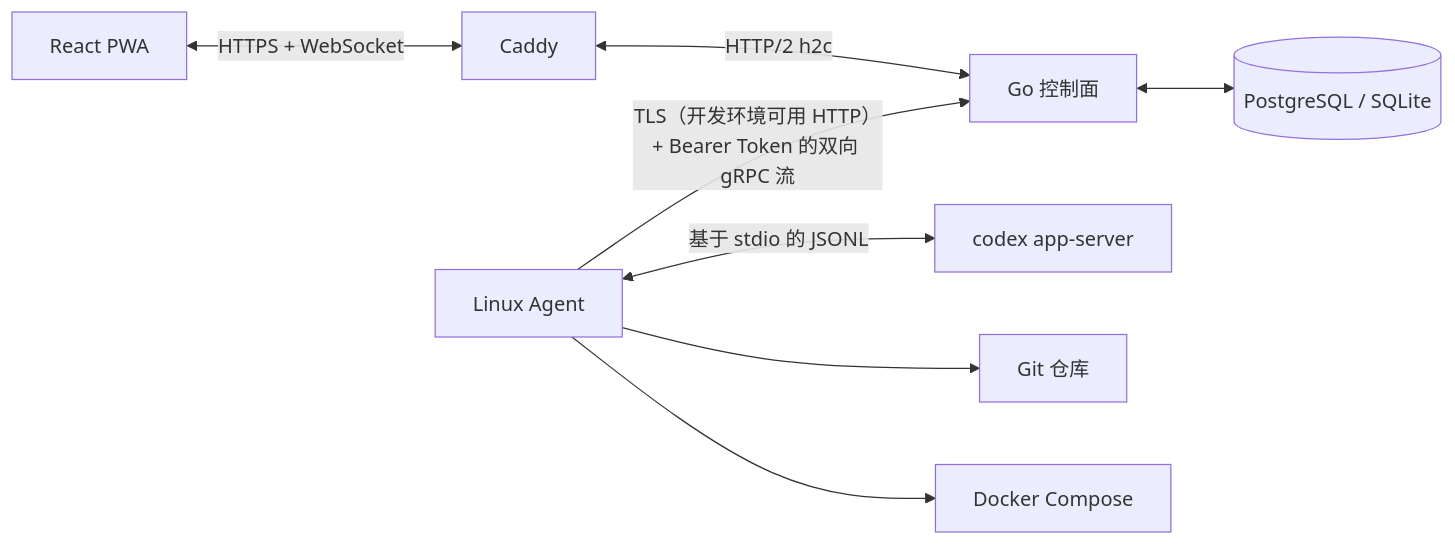
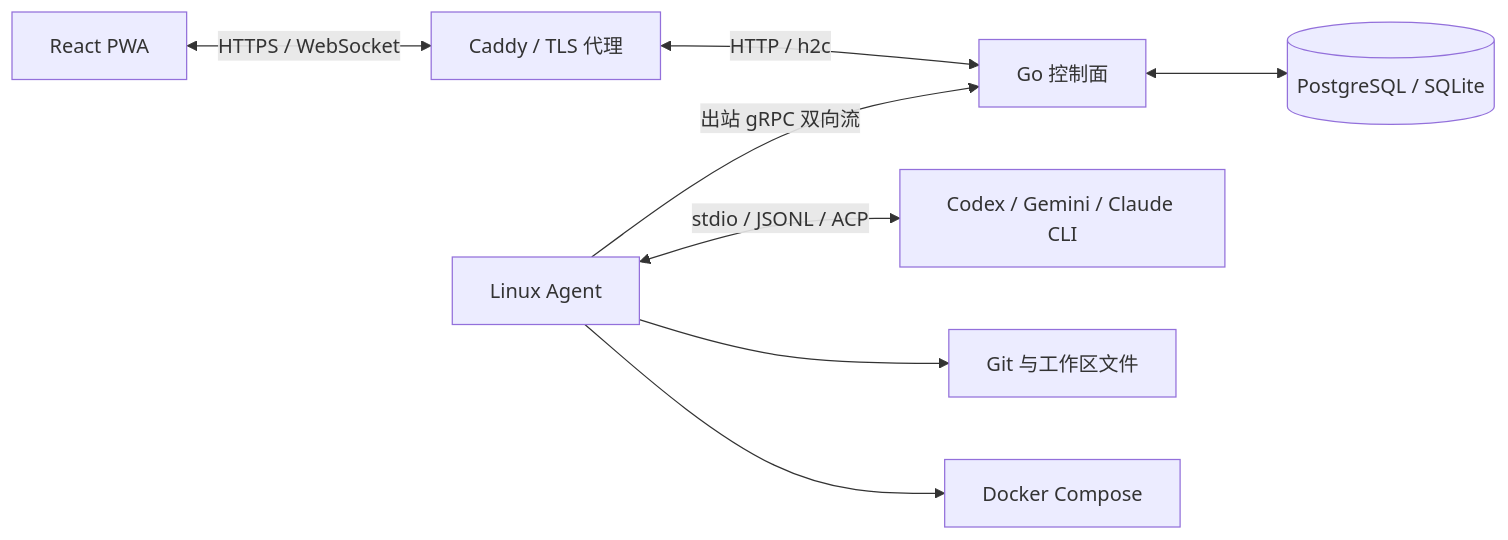
The diagram in README.md (Eversleeping/My-Wio), drawn with Mermaid before and after one commit. The commit also changed other lines of this file and 9 other files, not shown here.

````diff
--- a/README.md
+++ b/README.md
@@ -9,10 +32,10 @@
 ```mermaid
 flowchart LR
-  Browser[React PWA] <-->|HTTPS + WebSocket| Caddy
-  Caddy <-->|HTTP/2 h2c| Control[Go 控制面]
+  Browser[React PWA] <-->|HTTPS / WebSocket| Proxy[Caddy / TLS 代理]
+  Proxy <-->|HTTP / h2c| Control[Go 控制面]
   Control <--> DB[(PostgreSQL / SQLite)]
-  Agent[Linux Agent] -->|TLS（开发环境可用 HTTP）+ Bearer Token 的双向 gRPC 流| Control
-  Agent <-->|基于 stdio 的 JSONL| Codex[codex app-server]
-  Agent --> Git[Git 仓库]
+  Agent[Linux Agent] -->|出站 gRPC 双向流| Control
+  Agent <-->|stdio / JSONL / ACP| AI[Codex / Gemini / Claude CLI]
+  Agent --> Git[Git 与工作区文件]
   Agent --> Docker[Docker Compose]
 ```
````
